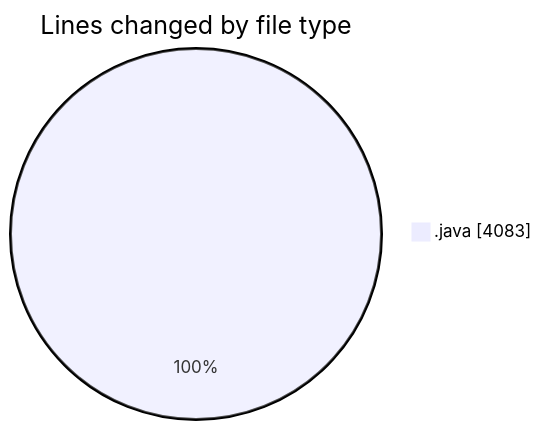
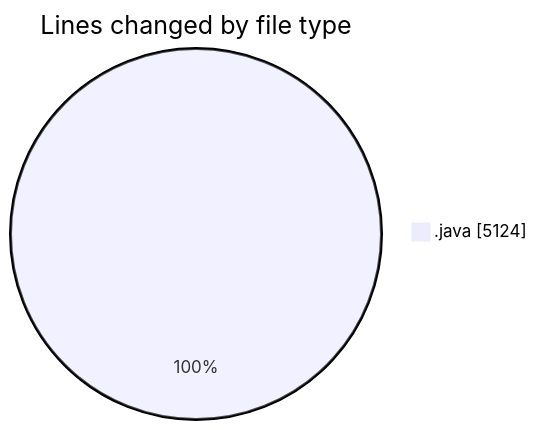
Before and after one commit to ricardozamudiocil/code-tracking: the first of 2 diagrams in 2026-11-17/cilapp/README.md, drawn with Mermaid. The commit also changed other lines of this file and 1 other file, not shown here.

````diff
--- a/2026-11-17/cilapp/README.md
+++ b/2026-11-17/cilapp/README.md
@@ -21,5 +22,5 @@
 ```mermaid
 pie showData
 title Lines changed by file type
-".java" : 4083
+".java" : 5124
 ```
````
